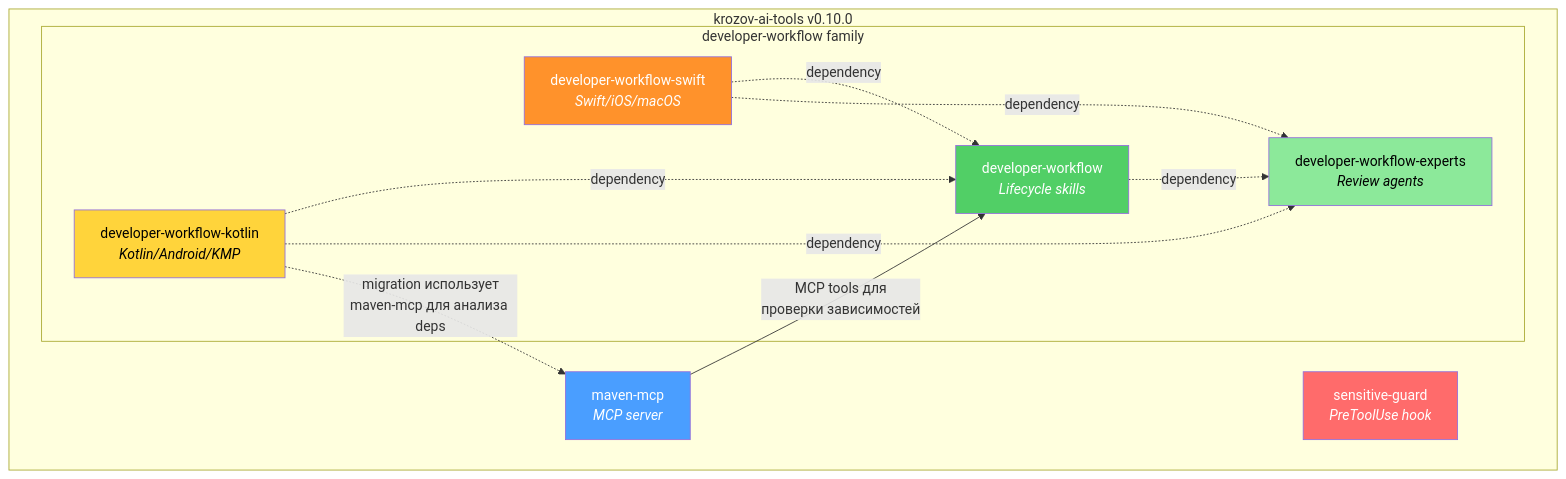
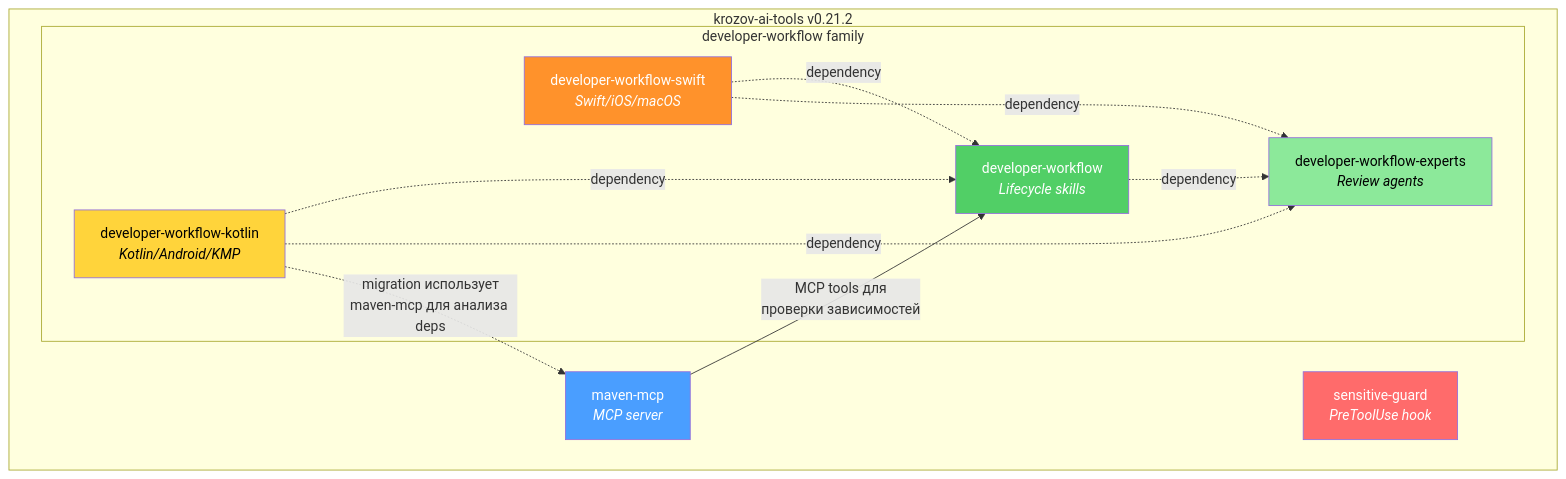
One commit to kirich1409/krozov-ai-tools changed the first of 7 diagrams in docs/PLUGINS-GUIDE.md. Above: the diagram before and after it, drawn with Mermaid. The commit also changed other lines of this file, not shown here.

````diff
--- a/docs/PLUGINS-GUIDE.md
+++ b/docs/PLUGINS-GUIDE.md
@@ -23,29 +23,29 @@
 ```mermaid
 graph TB
-    subgraph repo["krozov-ai-tools v0.10.0"]
+    subgraph repo["krozov-ai-tools v0.21.2"]
         maven["maven-mcp<br/><i>MCP server</i>"]
         guard["sensitive-guard<br/><i>PreToolUse hook</i>"]
         subgraph dw_family["developer-workflow family"]
             workflow["developer-workflow<br/><i>Lifecycle skills</i>"]
             experts["developer-workflow-experts<br/><i>Review agents</i>"]
             kotlin["developer-workflow-kotlin<br/><i>Kotlin/Android/KMP</i>"]
             swift["developer-workflow-swift<br/><i>Swift/iOS/macOS</i>"]
         end
     end
 
     workflow -.->|dependency| experts
     kotlin -.->|dependency| workflow
     kotlin -.->|dependency| experts
     swift -.->|dependency| workflow
     swift -.->|dependency| experts
 
     maven -->|"MCP tools для<br/>проверки зависимостей"| workflow
     kotlin -.->|"migration использует<br/>maven-mcp для анализа deps"| maven
 
     style maven fill:#4a9eff,color:#fff
     style guard fill:#ff6b6b,color:#fff
     style workflow fill:#51cf66,color:#fff
     style experts fill:#8ce99a,color:#000
     style kotlin fill:#ffd43b,color:#000
     style swift fill:#ff922b,color:#fff
 ```
````
